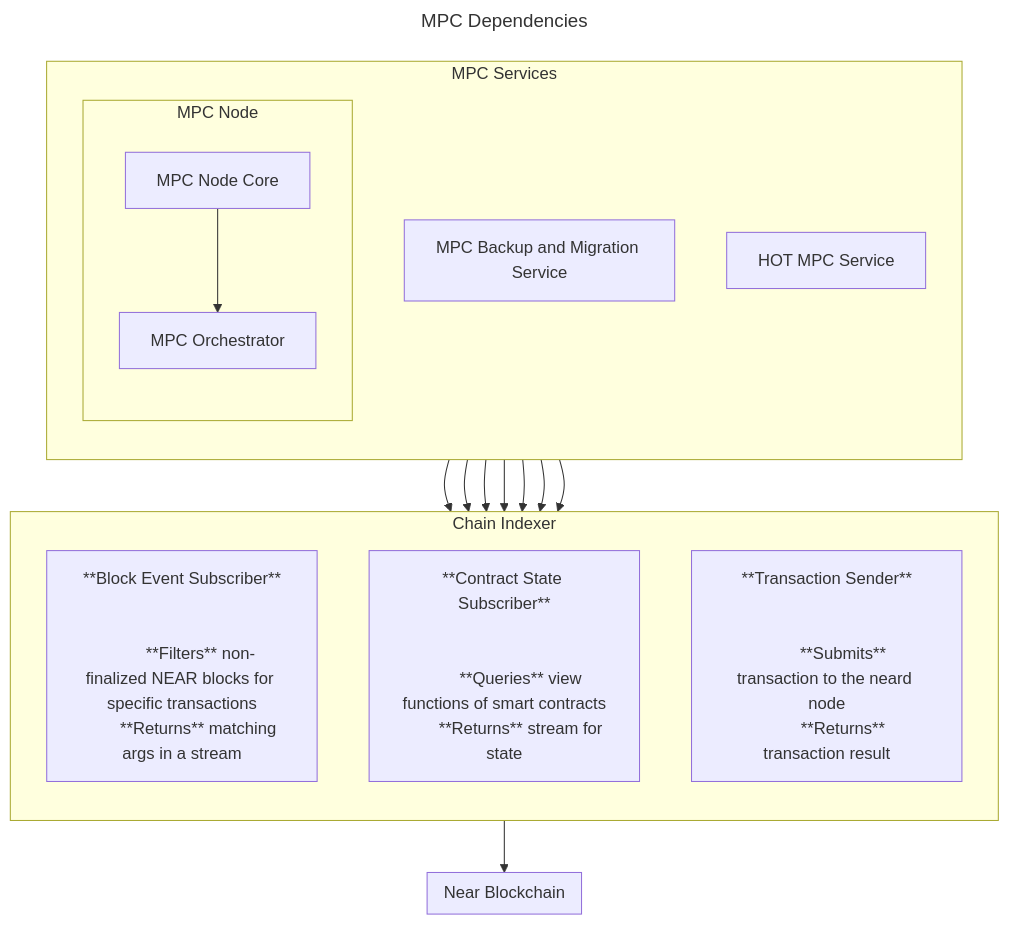
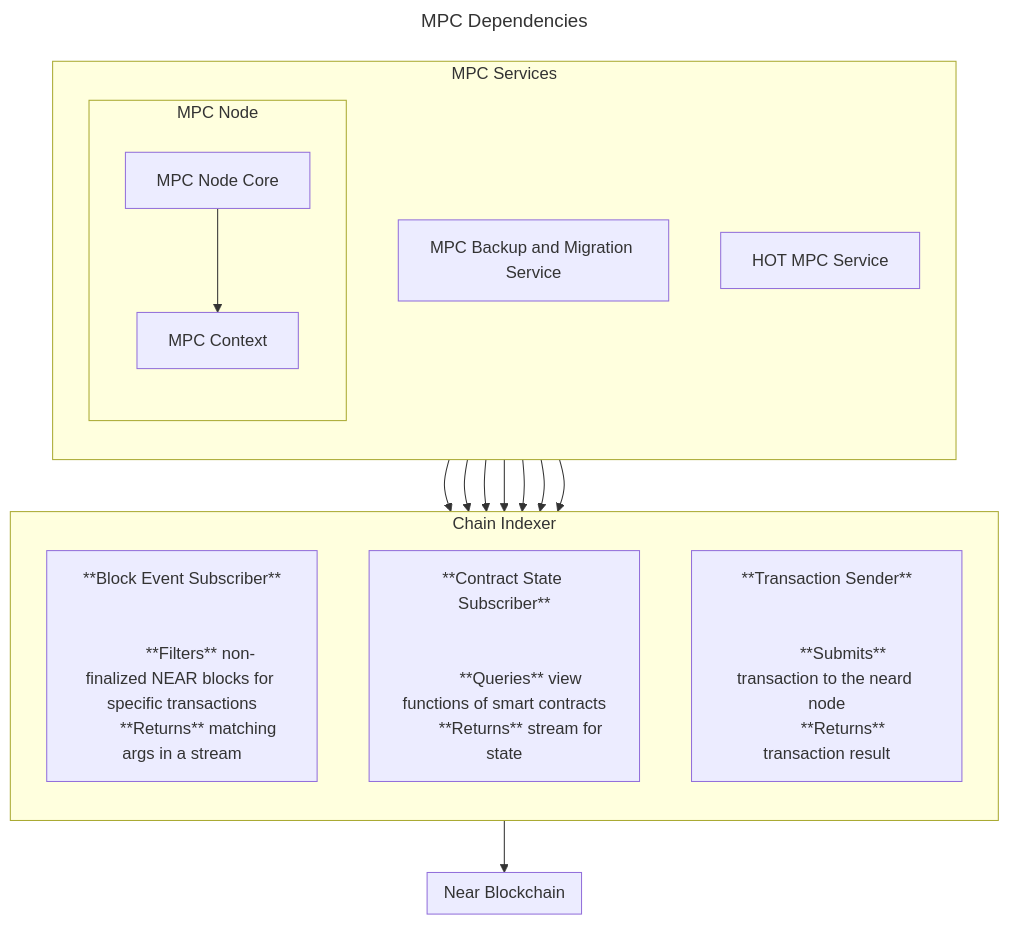
The third of 3 diagrams in docs/indexer-design.md (near/mpc), drawn with Mermaid before and after one commit. The commit also changed other lines of this file, not shown here.

Commit message:
rename Orchestrator --> Context

````diff
--- a/docs/indexer-design.md
+++ b/docs/indexer-design.md
@@ -350,56 +350,56 @@
 ```mermaid
 ---
 title: MPC Dependencies
 ---
 flowchart TB
 
 
 subgraph SERVICES[MPC Services]
     direction TB
     subgraph MPC_NODE[MPC Node]
         direction TB
         CORE[MPC Node Core]
-        ORCHESTRATOR[MPC Orchestrator]
-        CORE --> ORCHESTRATOR
+        CONTEXT[MPC Context]
+        CORE --> CONTEXT
     end
 
     BACKUP_SERVICE[MPC Backup and Migration Service]
 
     HOT_SERVICE[HOT MPC Service]
 end
 
 subgraph CHAIN[Chain Indexer]
     direction TB
     TX_SUBSCRIBER[**Block Event Subscriber**<br/><br/>
         **Filters** non-finalized NEAR blocks for specific transactions
         **Returns** matching args in a stream 
     ]
 
     CONTRACT_STATE_VIEWER[**Contract State Subscriber**<br/><br/>
         **Queries** view functions of smart contracts
         **Returns** stream for state
     ]
 
     TX_SENDER[**Transaction Sender**<br/><br/>
         **Submits** transaction to the neard node
         **Returns** transaction result
     ]
 
 end
 
 subgraph NEAR[Near Blockchain]
 end
 
 CHAIN --> NEAR
 
-ORCHESTRATOR --> CONTRACT_STATE_VIEWER
-ORCHESTRATOR --> TX_SENDER
-ORCHESTRATOR --> TX_SUBSCRIBER
+CONTEXT --> CONTRACT_STATE_VIEWER
+CONTEXT --> TX_SENDER
+CONTEXT --> TX_SUBSCRIBER
 
 BACKUP_SERVICE --> CONTRACT_STATE_VIEWER
 BACKUP_SERVICE --> TX_SENDER
 
 
 HOT_SERVICE --> CONTRACT_STATE_VIEWER
 HOT_SERVICE --> TX_SENDER
 ```
````
